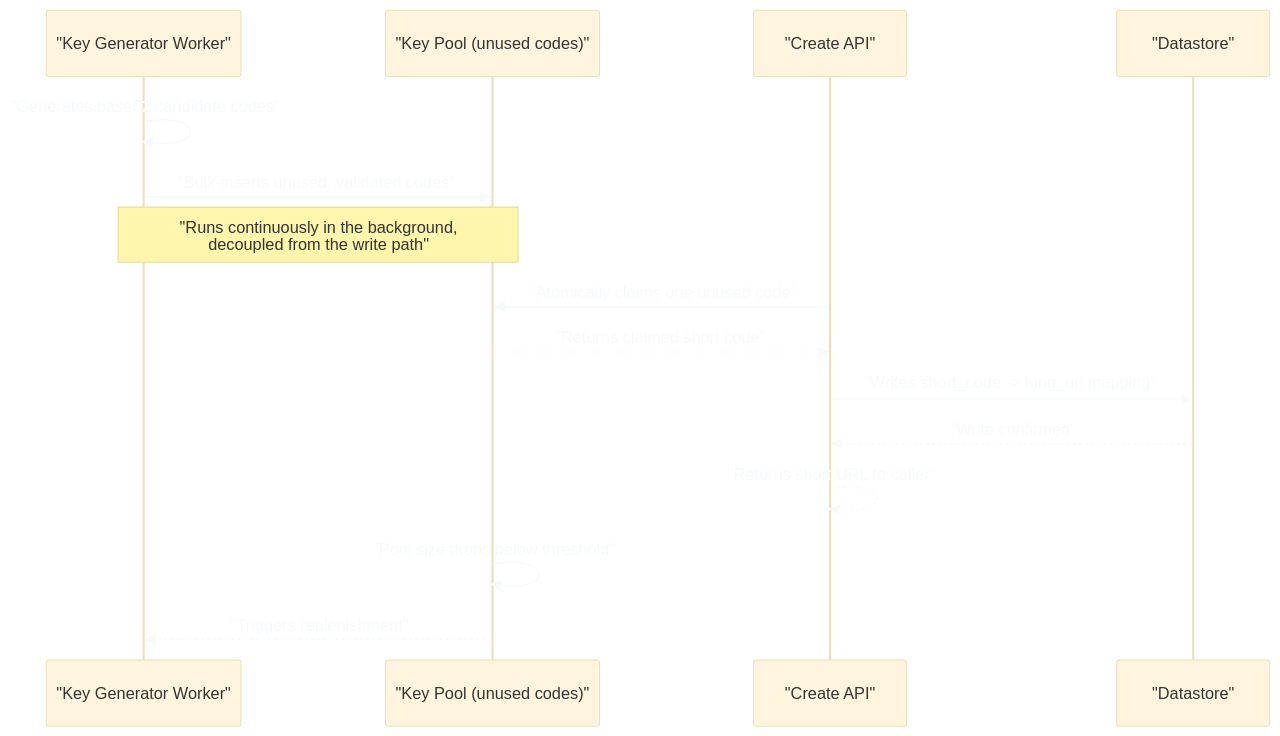
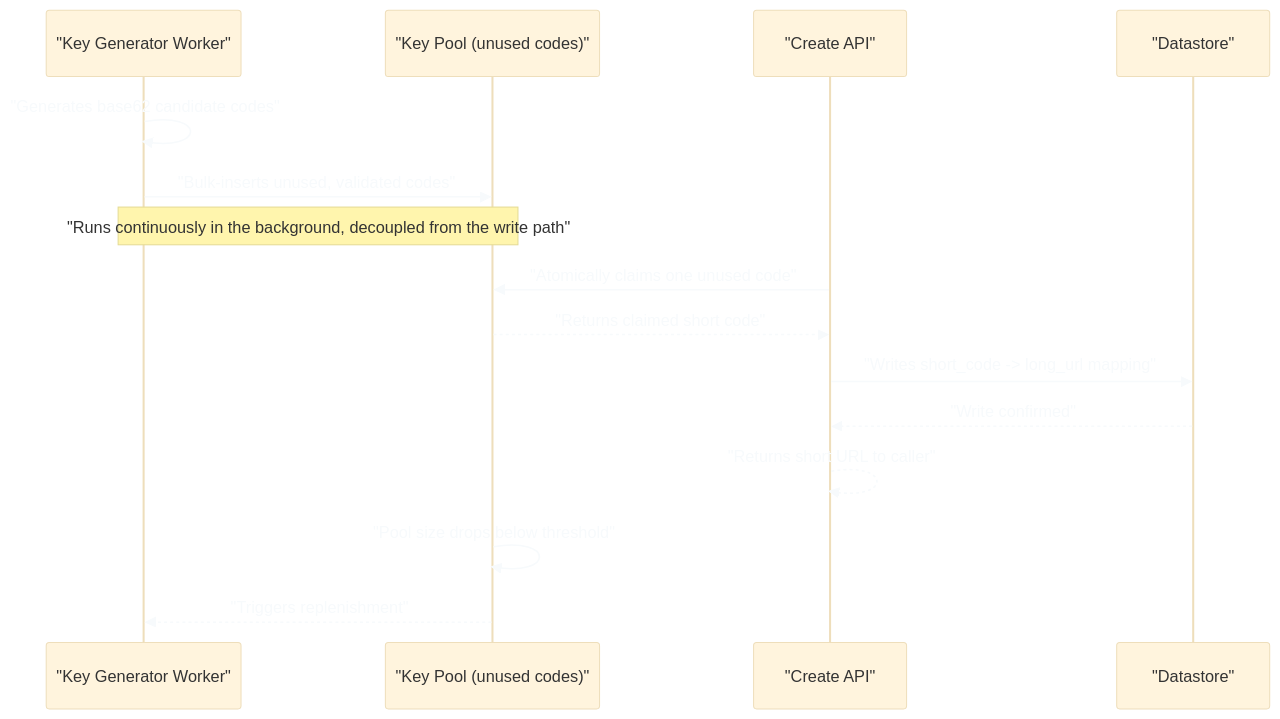
Before and after one commit to vinayakhumberi/litmus: the second of 2 diagrams in data/topics/design-url-shortener.md, drawn with Mermaid. The commit also changed other lines of this file and 68 other files, not shown here.

````diff
--- a/data/topics/design-url-shortener.md
+++ b/data/topics/design-url-shortener.md
@@ -143,21 +143,21 @@
 ```mermaid
 %%{init: {"theme": "base", "themeVariables": {"lineColor": "#a0aec0", "edgeLabelBackground": "#2d3748", "textColor": "#f7fafc"}}}%%
 sequenceDiagram
     participant W as "Key Generator Worker"
     participant P as "Key Pool (unused codes)"
     participant API as "Create API"
     participant DS as "Datastore"
 
     W->>W: "Generates base62 candidate codes"
     W->>P: "Bulk-inserts unused, validated codes"
-    Note over W,P: "Runs continuously in the background,<br>decoupled from the write path"
+    Note over W,P: "Runs continuously in the background, decoupled from the write path"
 
     API->>P: "Atomically claims one unused code"
     P-->>API: "Returns claimed short code"
     API->>DS: "Writes short_code -> long_url mapping"
     DS-->>API: "Write confirmed"
     API-->>API: "Returns short URL to caller"
 
     P->>P: "Pool size drops below threshold"
     P-->>W: "Triggers replenishment"
 ```
````
